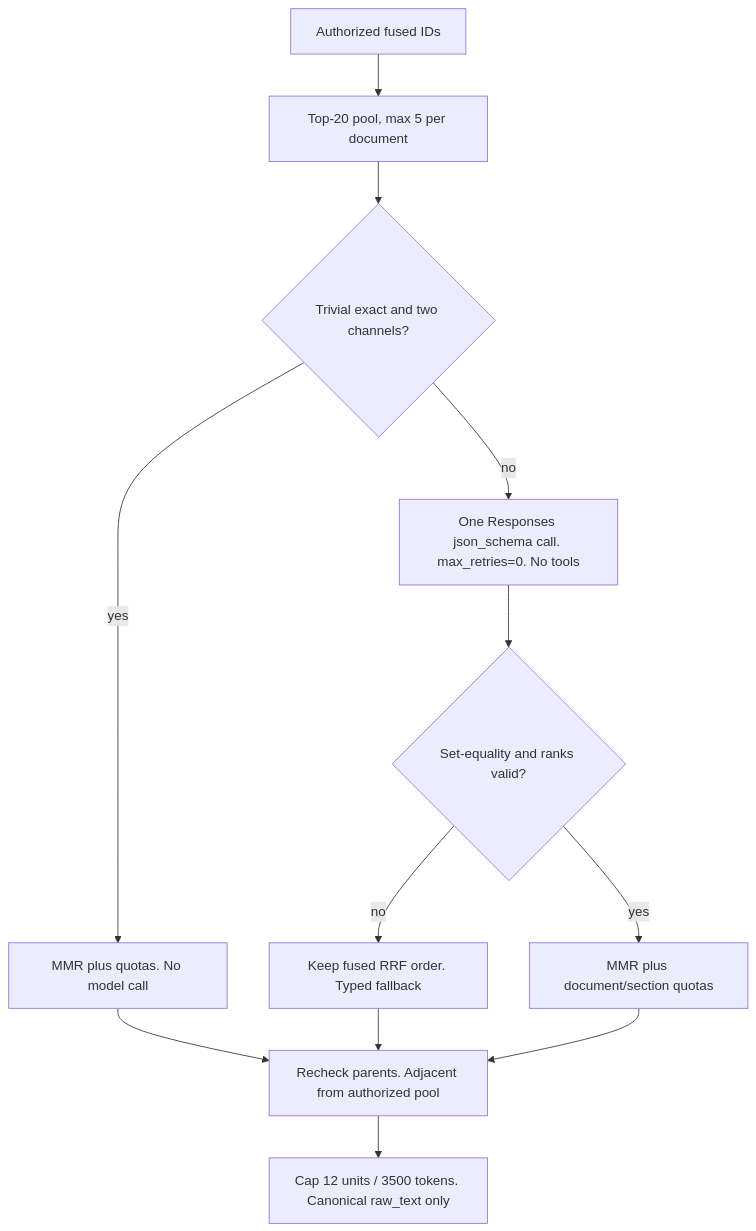
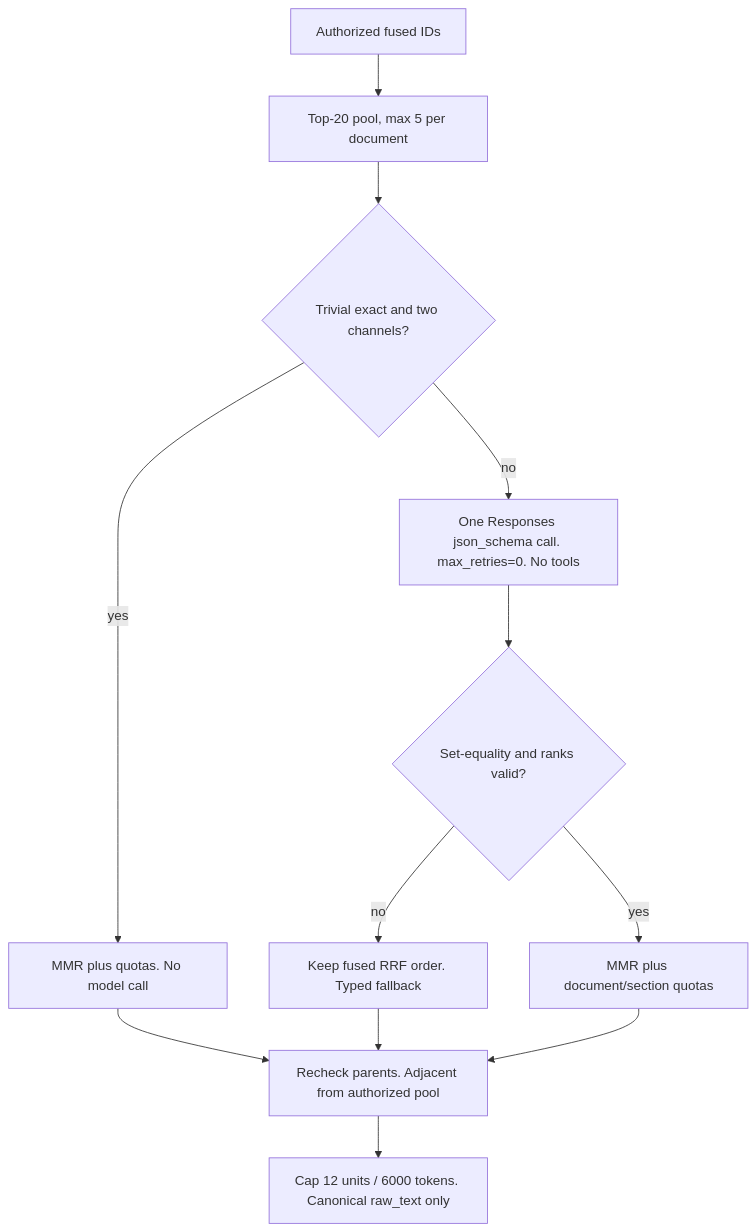
The third of 4 diagrams in docs/retrieval/HYBRID_RETRIEVAL_CONTRACT.md (Nagdy8888/smart-rag), drawn with Mermaid before and after one commit. The commit also changed other lines of this file and 17 other files, not shown here.

````diff
--- a/docs/retrieval/HYBRID_RETRIEVAL_CONTRACT.md
+++ b/docs/retrieval/HYBRID_RETRIEVAL_CONTRACT.md
@@ -217,14 +217,14 @@
 ```mermaid
 flowchart TD
   fused["Authorized fused IDs"] --> pool["Top-20 pool, max 5 per document"]
   pool --> skip{"Trivial exact and two channels?"}
   skip -->|yes| mmrSkip["MMR plus quotas. No model call"]
   skip -->|no| oneCall["One Responses json_schema call. max_retries=0. No tools"]
   oneCall --> valid{"Set-equality and ranks valid?"}
   valid -->|no| rrf["Keep fused RRF order. Typed fallback"]
   valid -->|yes| mmr["MMR plus document/section quotas"]
   mmrSkip --> parents["Recheck parents. Adjacent from authorized pool"]
   rrf --> parents
   mmr --> parents
-  parents --> trim["Cap 12 units / 3500 tokens. Canonical raw_text only"]
+  parents --> trim["Cap 12 units / 6000 tokens. Canonical raw_text only"]
 ```
````
